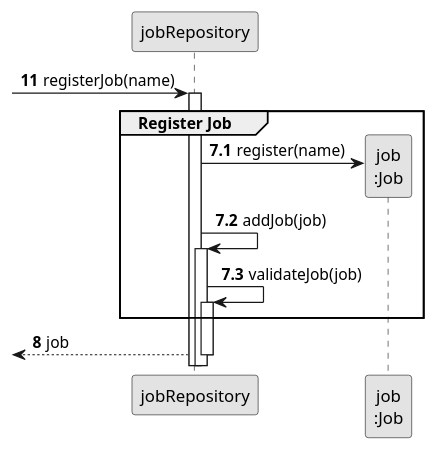
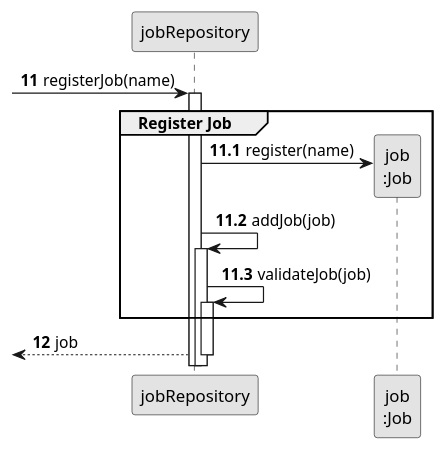
One commit to diogoveirospro/lei-24-s2-1dg-g072 changed the diagram in docs/sprintB/us002/03.design/puml/us002-sequence-diagram-partial-register-job.puml. Above: the diagram before and after it, drawn with PlantUML. The commit also changed 1 other file, not shown here.

Commit message:
US2's Sequence Diagram Partial - Register Job

```diff
--- a/docs/sprintB/us002/03.design/puml/us002-sequence-diagram-partial-register-job.puml
+++ b/docs/sprintB/us002/03.design/puml/us002-sequence-diagram-partial-register-job.puml
@@ -1,30 +1,30 @@
 @startuml
 skinparam monochrome true
 skinparam packageStyle rectangle
 skinparam shadowing false
 
 participant "jobRepository" as JOBREP
 participant "job\n:Job" as Job
 
 autonumber 11
 -> JOBREP: registerJob(name)
 
-autonumber 7.1
+autonumber 11.1
 activate JOBREP
     group Register Job
 
         JOBREP -> Job**: register(name)
         JOBREP -> JOBREP: addJob(job)
         activate JOBREP
 
             JOBREP -> JOBREP: validateJob(job)
             activate JOBREP
 
     end
 
-    autonumber 8
+    autonumber 12
     <-- JOBREP : job
 deactivate JOBREP
 
 
 @enduml
```
